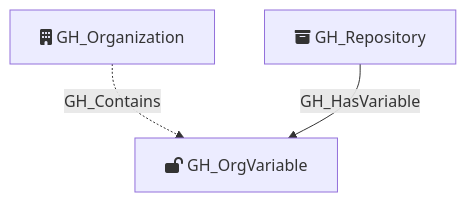
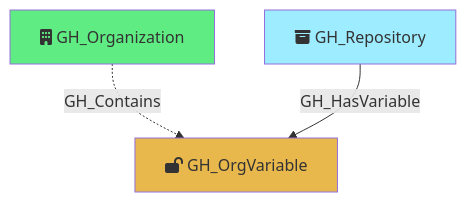
The diagram in docs/opengraph/extensions/githound/reference/nodes/gh_orgvariable.mdx (SpecterOps/bloodhound-docs), drawn with Mermaid before and after one commit. The commit also changed other lines of this file and 52 other files, not shown here.

````diff
--- a/docs/opengraph/extensions/githound/reference/nodes/gh_orgvariable.mdx
+++ b/docs/opengraph/extensions/githound/reference/nodes/gh_orgvariable.mdx
@@ -45,10 +58,13 @@
 ```mermaid
 flowchart TD
     GH_OrgVariable[fa:fa-lock-open GH_OrgVariable]
     GH_Organization[fa:fa-building GH_Organization]
     GH_Repository[fa:fa-box-archive GH_Repository]
 
+    style GH_OrgVariable fill:#E8B84D
+    style GH_Organization fill:#5FED83
+    style GH_Repository fill:#9EECFF
 
     GH_Organization -.->|GH_Contains| GH_OrgVariable
     GH_Repository -->|GH_HasVariable| GH_OrgVariable
 ```
````
